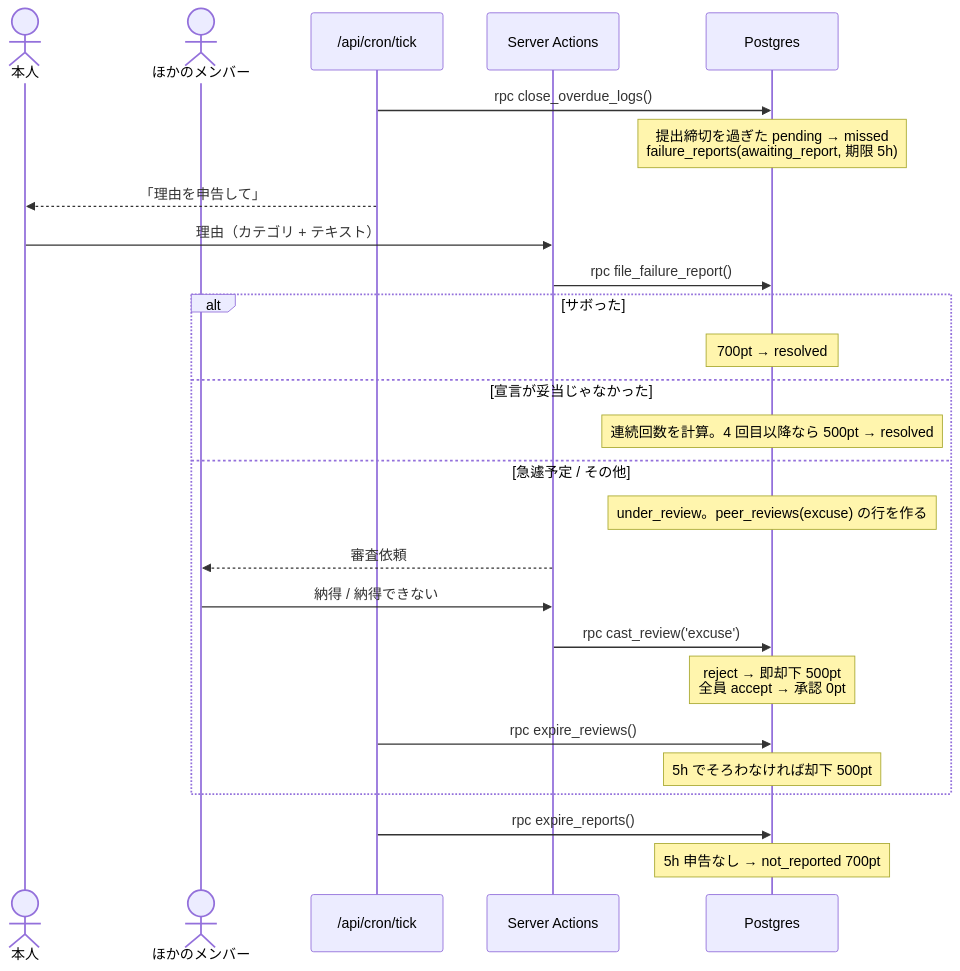
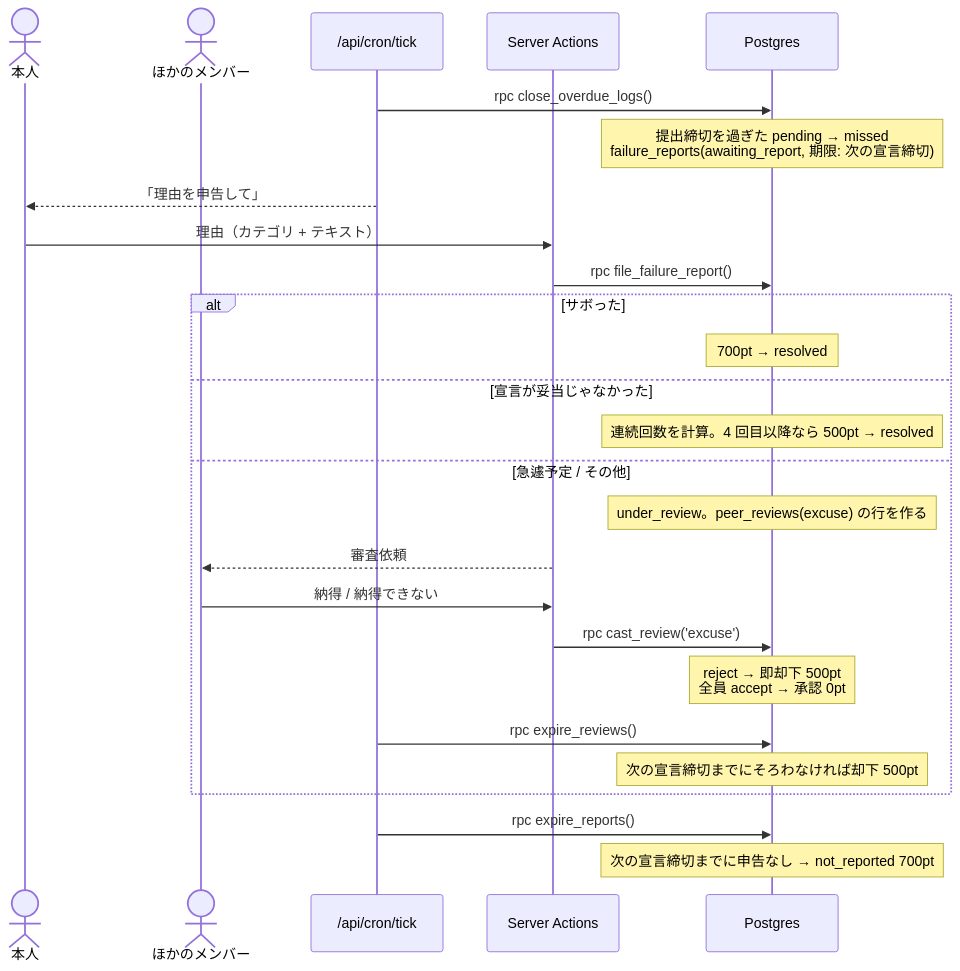
Before and after one commit to ashilal1/force-study-app: the fifth of 6 diagrams in docs/architecture.md, drawn with Mermaid. The commit also changed other lines of this file and 6 other files, not shown here.

````diff
--- a/docs/architecture.md
+++ b/docs/architecture.md
@@ -118,28 +140,28 @@
 ```mermaid
 sequenceDiagram
     actor U as 本人
     actor F as ほかのメンバー
     participant T as /api/cron/tick
     participant SA as Server Actions
     participant DB as Postgres
     T->>DB: rpc close_overdue_logs()
-    Note over DB: 提出締切を過ぎた pending → missed<br/>failure_reports(awaiting_report, 期限 5h)
+    Note over DB: 提出締切を過ぎた pending → missed<br/>failure_reports(awaiting_report, 期限: 次の宣言締切)
     T-->>U: 「理由を申告して」
     U->>SA: 理由（カテゴリ + テキスト）
     SA->>DB: rpc file_failure_report()
     alt サボった
         Note over DB: 700pt → resolved
     else 宣言が妥当じゃなかった
         Note over DB: 連続回数を計算。4 回目以降なら 500pt → resolved
     else 急遽予定 / その他
         Note over DB: under_review。peer_reviews(excuse) の行を作る
         SA-->>F: 審査依頼
         F->>SA: 納得 / 納得できない
         SA->>DB: rpc cast_review('excuse')
         Note over DB: reject → 即却下 500pt<br/>全員 accept → 承認 0pt
         T->>DB: rpc expire_reviews()
-        Note over DB: 5h でそろわなければ却下 500pt
+        Note over DB: 次の宣言締切までにそろわなければ却下 500pt
     end
     T->>DB: rpc expire_reports()
-    Note over DB: 5h 申告なし → not_reported 700pt
+    Note over DB: 次の宣言締切までに申告なし → not_reported 700pt
 ```
````
